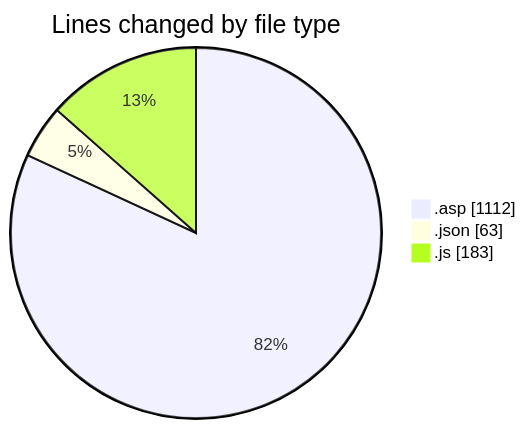
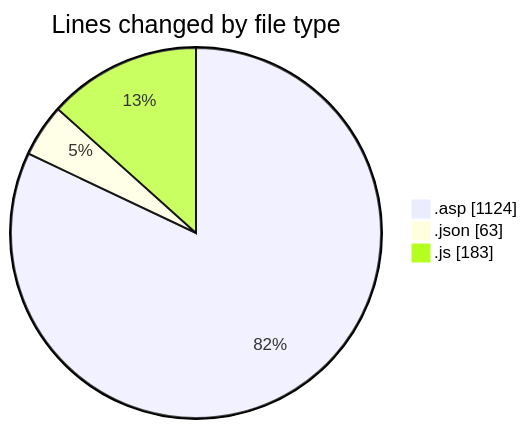
The first of 2 diagrams in 2025-10-20/usr_aleoudev_fr__workspace_/README.md (julien-gomy/code-tracking), drawn with Mermaid before and after one commit. The commit also changed other lines of this file and 1 other file, not shown here.

````diff
--- a/2025-10-20/usr_aleoudev_fr__workspace_/README.md
+++ b/2025-10-20/usr_aleoudev_fr__workspace_/README.md
@@ -24,7 +24,7 @@
 ```mermaid
 pie showData
 title Lines changed by file type
-".asp" : 1112
+".asp" : 1124
 ".json" : 63
 ".js" : 183
 ```
````
